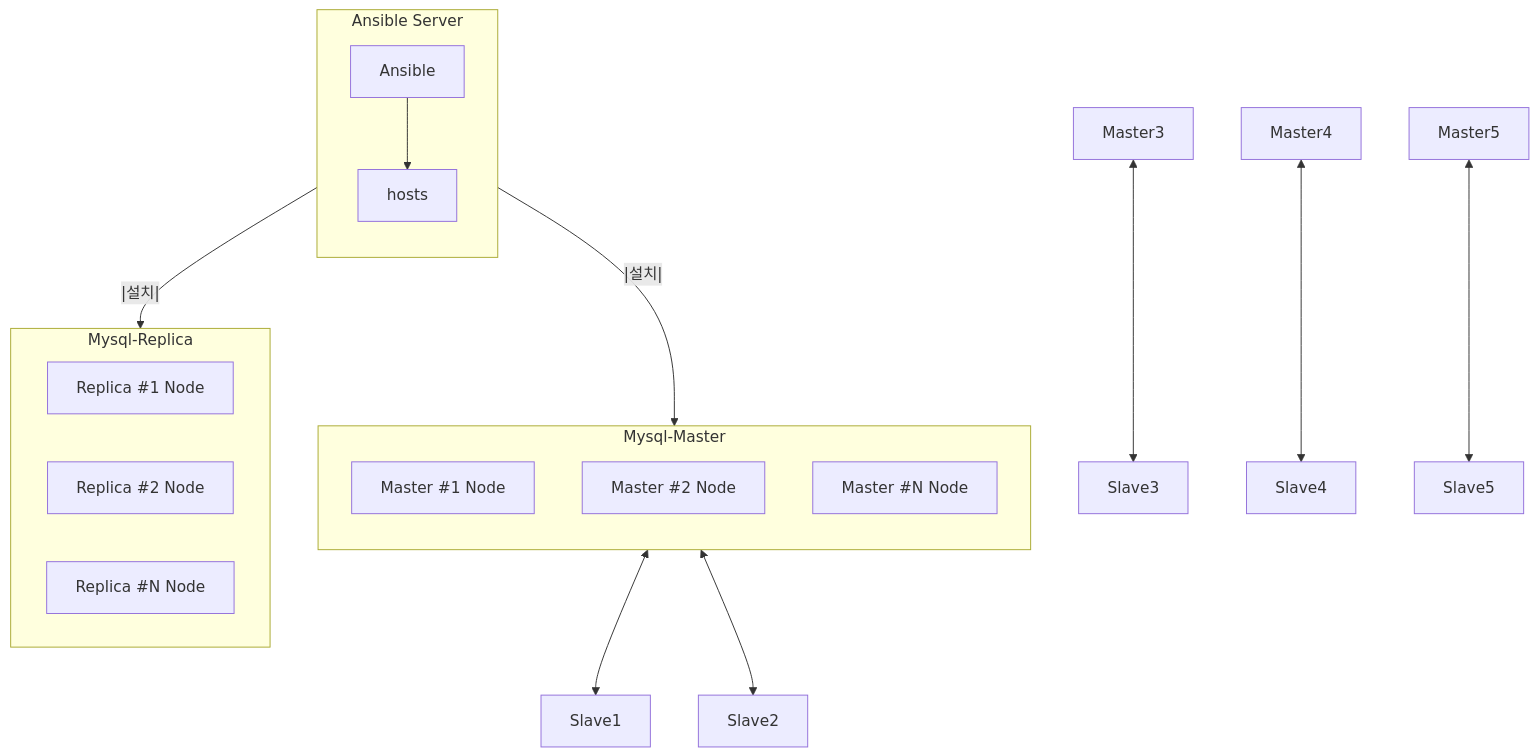
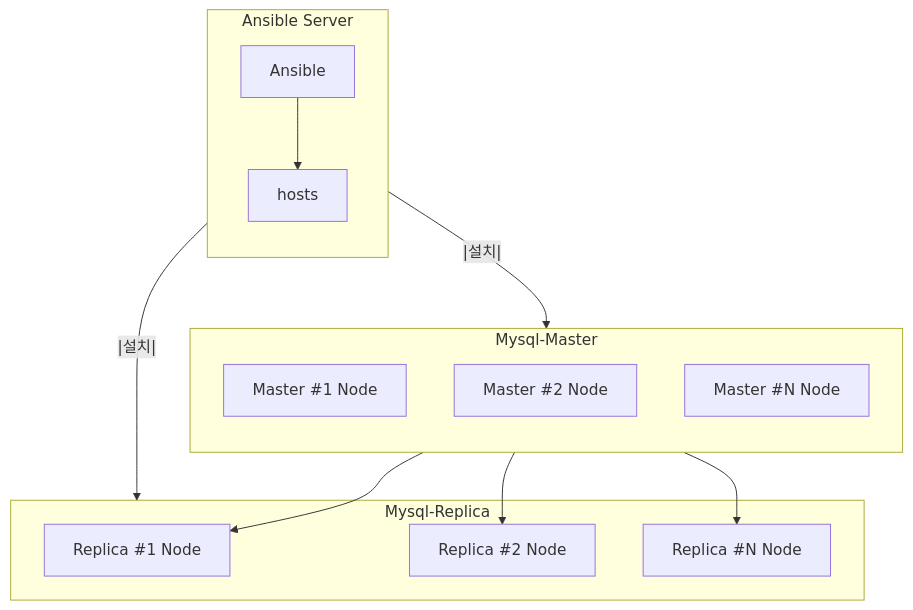
One commit to QubitSecurity/howto changed the second of 2 diagrams in rocky9/app/redis/ansible_install/readme.md. Above: the diagram before and after it, drawn with Mermaid. The commit also changed other lines of this file, not shown here.

````diff
--- a/rocky9/app/redis/ansible_install/readme.md
+++ b/rocky9/app/redis/ansible_install/readme.md
@@ -35,40 +75,38 @@
 ```mermaid
 graph TD
 
     %% Define layout direction and spacing
     %% style Ansible_Server fill:#f9f,stroke:#333,stroke-width:2px,height:200px;
     %% style Zookeeper fill:#cfc,stroke:#333,stroke-width:2px;
 
 
     %% Ansible Server Section
     subgraph Ansible_Server[Ansible Server]
         direction TB
         Ansible1[Ansible]
         hosts[hosts]
         
         Ansible1 --> hosts
     end
 
     subgraph Mysql-Master
         direction TB
         Master1[Master #1 Node]
 		Master2[Master #2 Node]
 		MasterN[Master #N Node]
 		
 	end
 	
 	subgraph Mysql-Replica
         Replica1[Replica #1 Node]      
         Replica2[Replica #2 Node]
         ReplicaN[Replica #N Node]
     end
 
     hosts --|설치|-->Mysql-Master
 	hosts --|설치|-->Mysql-Replica
 
-    Master1 <--> Slave1
-    Master2 <--> Slave2
-    Master3 <--> Slave3
-    Master4 <--> Slave4
-    Master5 <--> Slave5
+    Master1 --> Replica1
+    Master2 --> Replica2
+    MasterN --> ReplicaN
 ```
````
